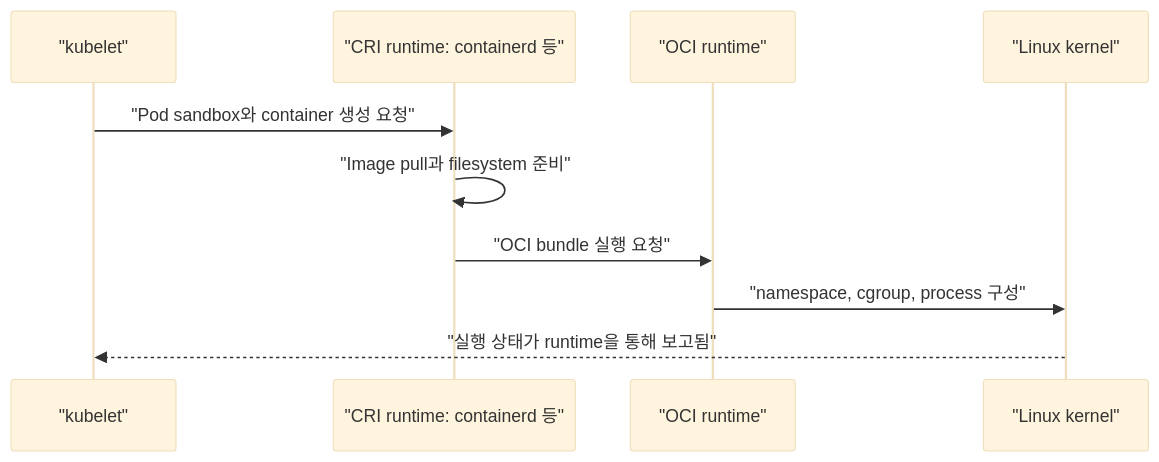
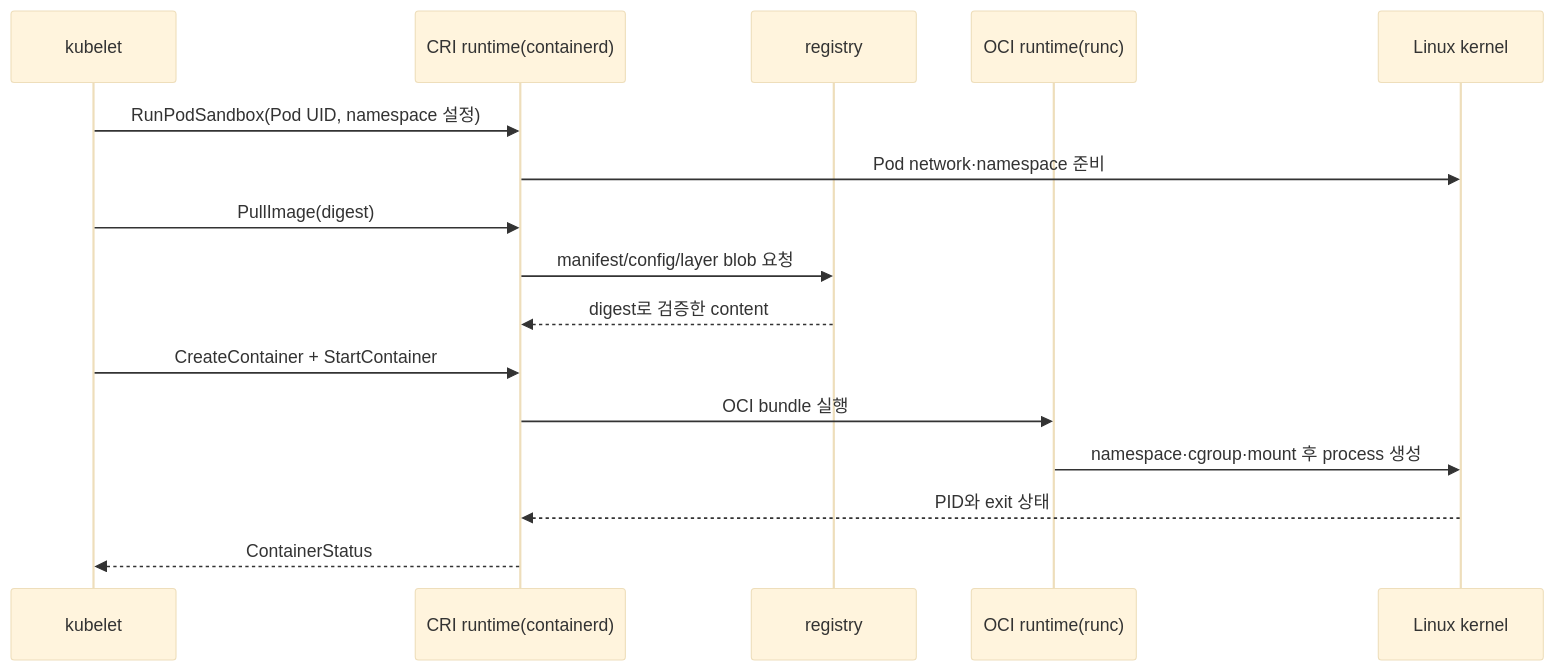
One commit to mj006648/netai-devsecops-runbook changed the second of 2 diagrams in learning/kubernetes/01-containers-and-images.md. Above: the diagram before and after it, drawn with Mermaid (base theme). The commit also changed other lines of this file and 165 other files, not shown here.

````diff
--- a/learning/kubernetes/01-containers-and-images.md
+++ b/learning/kubernetes/01-containers-and-images.md
@@ -73,12 +71,18 @@
 ```mermaid
 sequenceDiagram
-    participant K as "kubelet"
-    participant C as "CRI runtime: containerd 등"
-    participant O as "OCI runtime"
-    participant L as "Linux kernel"
-    K->>C: "Pod sandbox와 container 생성 요청"
-    C->>C: "Image pull과 filesystem 준비"
-    C->>O: "OCI bundle 실행 요청"
-    O->>L: "namespace, cgroup, process 구성"
-    L-->>K: "실행 상태가 runtime을 통해 보고됨"
+    participant K as kubelet
+    participant C as CRI runtime(containerd)
+    participant G as registry
+    participant O as OCI runtime(runc)
+    participant L as Linux kernel
+    K->>C: RunPodSandbox(Pod UID, namespace 설정)
+    C->>L: Pod network·namespace 준비
+    K->>C: PullImage(digest)
+    C->>G: manifest/config/layer blob 요청
+    G-->>C: digest로 검증한 content
+    K->>C: CreateContainer + StartContainer
+    C->>O: OCI bundle 실행
+    O->>L: namespace·cgroup·mount 후 process 생성
+    L-->>C: PID와 exit 상태
+    C-->>K: ContainerStatus
 ```
````
